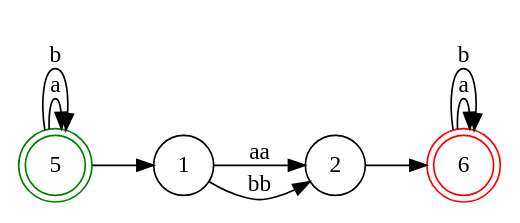
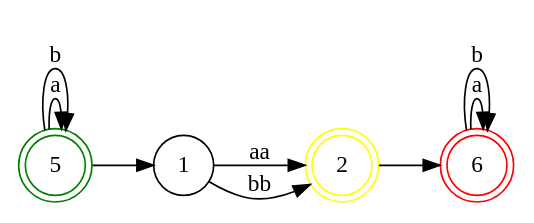
The diagram in scripts/lua/dot/NDF.dot (v012345/lua5.4.4), drawn with Graphviz before and after one commit. The commit also changed 3 other files, not shown here.

```diff
--- a/scripts/lua/dot/NDF.dot
+++ b/scripts/lua/dot/NDF.dot
@@ -1,16 +1,17 @@
 digraph NDF {
     rankdir = LR;
     size = "8,5";
     node [shape = doublecircle;];
     5 [color = green;];
     6 [color = red;];
+    2 [color = yellow;];
     node [shape = circle;];
     5 -> 5 [label = "a";];
     5 -> 5 [label = "b";];
     5 -> 1 [label = "";];
     1 -> 2 [label = "aa";];
     1 -> 2 [label = "bb";];
     2 -> 6 [label = "";];
     6 -> 6 [label = "a";];
     6 -> 6 [label = "b";];
 }
```
